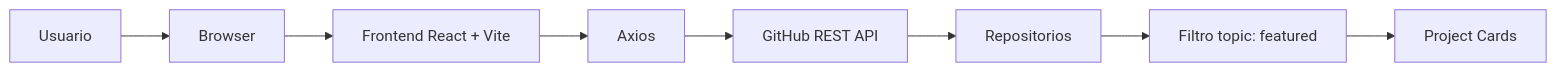
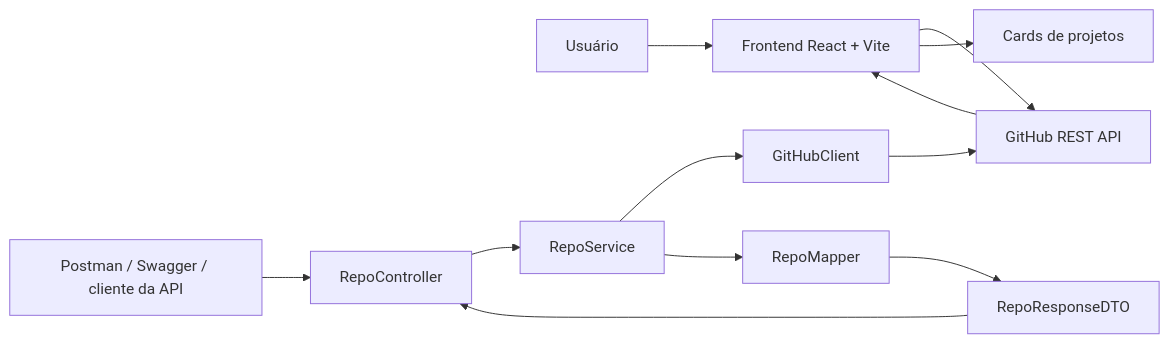
Before and after one commit to lucasz-g/portfolio-2.0: the first of 3 diagrams in README.md, drawn with Mermaid. The commit also changed other lines of this file and 1 other file, not shown here.

````diff
--- a/README.md
+++ b/README.md
@@ -33,10 +43,15 @@
 ```mermaid
 flowchart LR
-    user[Usuario] --> browser[Browser]
-    browser --> react[Frontend React + Vite]
-    react --> axios[Axios]
-    axios --> github[GitHub REST API]
-    github --> repos[Repositorios]
-    repos --> filter[Filtro topic: featured]
-    filter --> cards[Project Cards]
+    user[Usuário] --> frontend[Frontend React + Vite]
+    frontend --> github[GitHub REST API]
+    github --> frontend
+    frontend --> cards[Cards de projetos]
+
+    consumer[Postman / Swagger / cliente da API] --> controller[RepoController]
+    controller --> service[RepoService]
+    service --> client[GitHubClient]
+    client --> github
+    service --> mapper[RepoMapper]
+    mapper --> dto[RepoResponseDTO]
+    dto --> controller
 ```
````
